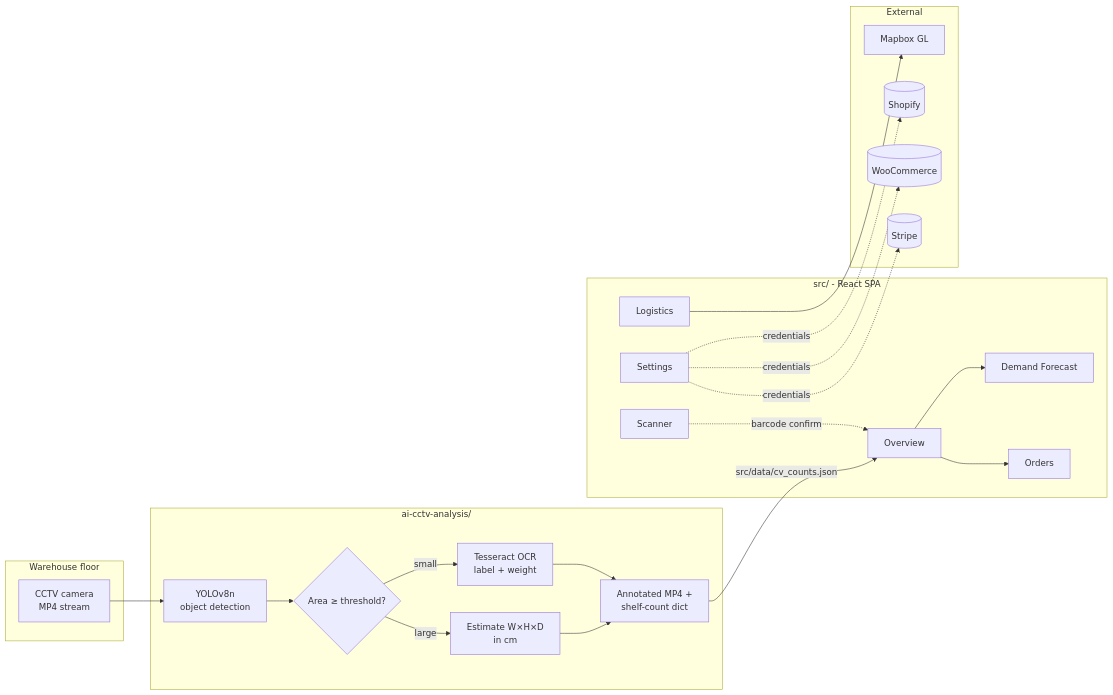
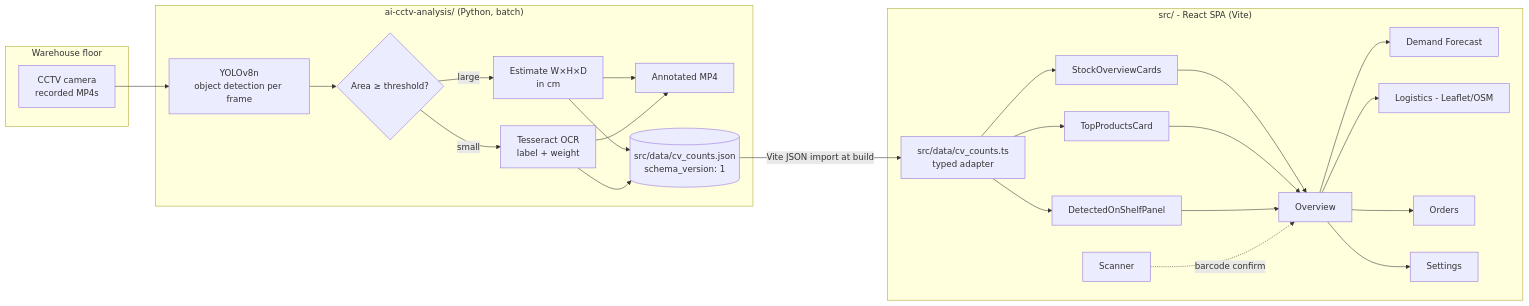
Before and after one commit to trishnadas7897/warehouse-inventory-management: the diagram in README.md, drawn with Mermaid. The commit also changed other lines of this file and 3 other files, not shown here.

````diff
--- a/README.md
+++ b/README.md
@@ -40,44 +44,47 @@
 ```mermaid
 flowchart LR
     subgraph Warehouse["Warehouse floor"]
-        CCTV[CCTV camera<br/>MP4 stream]
+        CCTV[CCTV camera<br/>recorded MP4s]
     end
 
-    subgraph AI["ai-cctv-analysis/"]
-        YOLO[YOLOv8n<br/>object detection]
+    subgraph AI["ai-cctv-analysis/ (Python, batch)"]
+        YOLO[YOLOv8n<br/>object detection per frame]
         AREA{Area &ge; threshold?}
         DIMS[Estimate W&times;H&times;D<br/>in cm]
         OCR[Tesseract OCR<br/>label + weight]
-        ANNOT[Annotated MP4 +<br/>shelf-count dict]
+        ANNOT[Annotated MP4]
+        JSON[(src/data/cv_counts.json<br/>schema_version: 1)]
     end
 
-    subgraph Dashboard["src/  - React SPA"]
+    subgraph Dashboard["src/  - React SPA (Vite)"]
+        ADAPT[src/data/cv_counts.ts<br/>typed adapter]
+        KPI[StockOverviewCards]
+        TOP[TopProductsCard]
+        SHELF[DetectedOnShelfPanel]
         INDEX[Overview]
         SCAN[Scanner]
         FCAST[Demand Forecast]
-        LOG[Logistics]
+        LOG[Logistics - Leaflet/OSM]
         ORD[Orders]
         SET[Settings]
-    end
-
-    subgraph Integrations["External"]
-        MAP[Mapbox GL]
-        SHOP[(Shopify)]
-        WOO[(WooCommerce)]
-        STR[(Stripe)]
     end
 
     CCTV --> YOLO
     YOLO --> AREA
     AREA -- large --> DIMS --> ANNOT
     AREA -- small --> OCR --> ANNOT
-    ANNOT -- src/data/cv_counts.json --> INDEX
-
+    DIMS --> JSON
+    OCR --> JSON
+    JSON -- Vite JSON import at build --> ADAPT
+    ADAPT --> KPI
+    ADAPT --> TOP
+    ADAPT --> SHELF
+    KPI --> INDEX
+    TOP --> INDEX
+    SHELF --> INDEX
     INDEX --> FCAST
     INDEX --> ORD
     SCAN -. barcode confirm .-> INDEX
-    LOG --> MAP
-    SET -. credentials .-> SHOP
-    SET -. credentials .-> WOO
-    SET -. credentials .-> STR
+    INDEX --> LOG
+    INDEX --> SET
 ```
````
